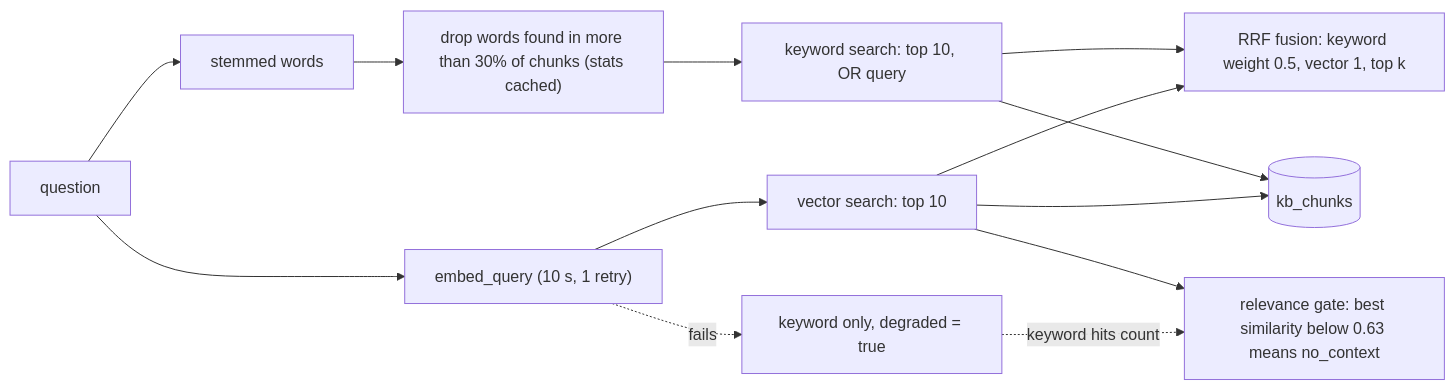
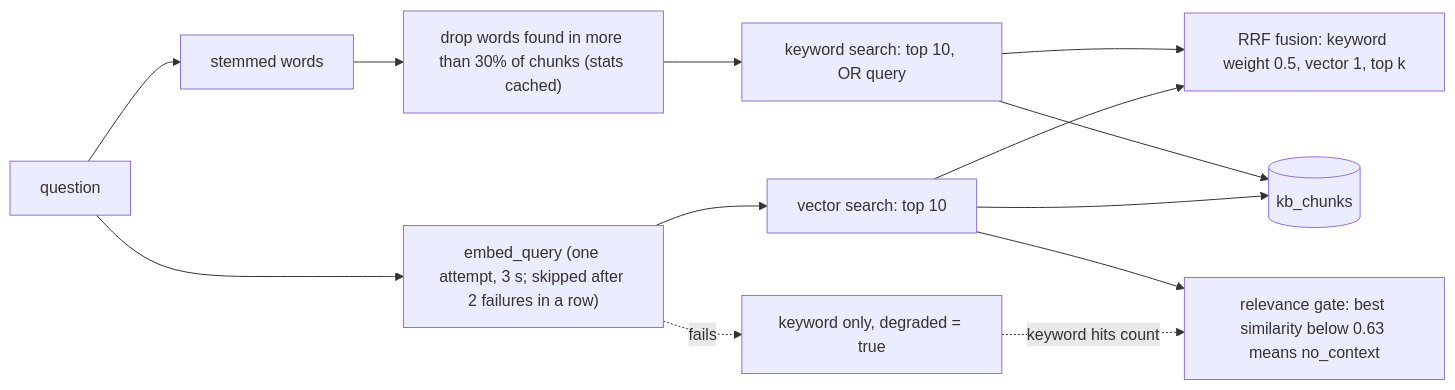
Before and after one commit to AdithyaChauhan/vantis-sales-agent: the third of 8 diagrams in docs/ARCHITECTURE.md, drawn with Mermaid. The commit also changed other lines of this file and 10 other files, not shown here.

````diff
--- a/docs/ARCHITECTURE.md
+++ b/docs/ARCHITECTURE.md
@@ -101,15 +91,15 @@
 ```mermaid
 flowchart LR
   q["question"] --> words["stemmed words"]
   words --> filter["drop words found in more than 30% of chunks (stats cached)"]
   filter --> kw["keyword search: top 10, OR query"]
-  q --> emb["embed_query (10 s, 1 retry)"]
+  q --> emb["embed_query (one attempt, 3 s; skipped after 2 failures in a row)"]
   emb --> vec["vector search: top 10"]
   emb -.->|"fails"| fb["keyword only, degraded = true"]
   kw --> rrf["RRF fusion: keyword weight 0.5, vector 1, top k"]
   vec --> rrf
   vec --> gate["relevance gate: best similarity below 0.63 means no_context"]
   fb -.->|"keyword hits count"| gate
   kw --> db[("kb_chunks")]
   vec --> db
 ```
````
